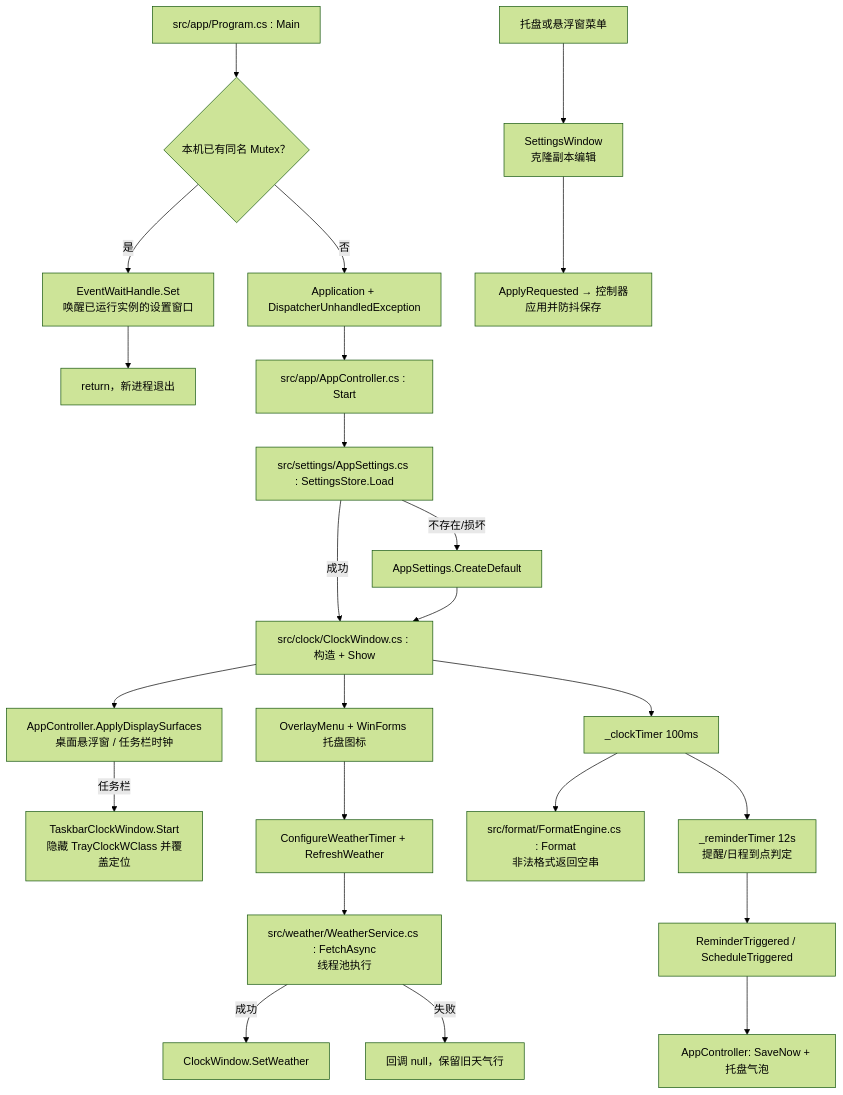
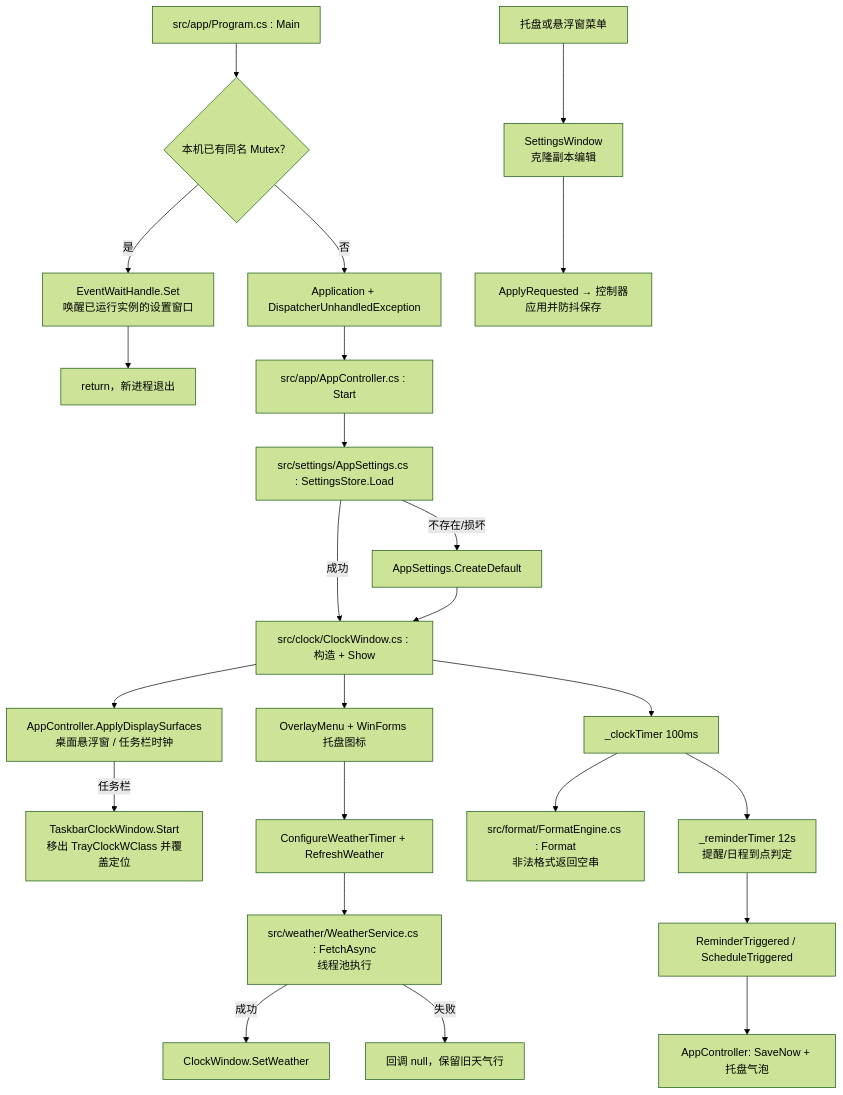
One commit to GitHubRise/timer changed the diagram in docs/300001-系统架构与模块契约.md. Above: the diagram before and after it, drawn with Mermaid (forest theme). The commit also changed other lines of this file and 4 other files, not shown here.

````diff
--- a/docs/300001-系统架构与模块契约.md
+++ b/docs/300001-系统架构与模块契约.md
@@ -61,26 +63,26 @@
 ```mermaid
 flowchart TD
     A["src/app/Program.cs : Main"] --> B{"本机已有同名 Mutex？"}
     B -- 是 --> B1["EventWaitHandle.Set<br/>唤醒已运行实例的设置窗口"]
     B1 --> B2["return，新进程退出"]
     B -- 否 --> C["Application + DispatcherUnhandledException"]
     C --> D["src/app/AppController.cs : Start"]
     D --> E["src/settings/AppSettings.cs : SettingsStore.Load"]
     E -- 不存在/损坏 --> E1["AppSettings.CreateDefault"]
     E -- 成功 --> F
     E1 --> F["src/clock/ClockWindow.cs : 构造 + Show"]
     F --> G["OverlayMenu + WinForms 托盘图标"]
     F --> F1["AppController.ApplyDisplaySurfaces<br/>桌面悬浮窗 / 任务栏时钟"]
-    F1 -- 任务栏 --> F2["TaskbarClockWindow.Start<br/>隐藏 TrayClockWClass 并覆盖定位"]
+    F1 -- 任务栏 --> F2["TaskbarClockWindow.Start<br/>移出 TrayClockWClass 并覆盖定位"]
     G --> H["ConfigureWeatherTimer + RefreshWeather"]
     H --> I["src/weather/WeatherService.cs : FetchAsync<br/>线程池执行"]
     I -- 成功 --> J["ClockWindow.SetWeather"]
     I -- 失败 --> K["回调 null，保留旧天气行"]
     F --> L["_clockTimer 100ms"]
     L --> M["src/format/FormatEngine.cs : Format<br/>非法格式返回空串"]
     L --> N["_reminderTimer 12s<br/>提醒/日程到点判定"]
     N --> O["ReminderTriggered / ScheduleTriggered"]
     O --> P["AppController: SaveNow + 托盘气泡"]
     Q["托盘或悬浮窗菜单"] --> R["SettingsWindow<br/>克隆副本编辑"]
     R --> S["ApplyRequested → 控制器应用并防抖保存"]
 ```
````
